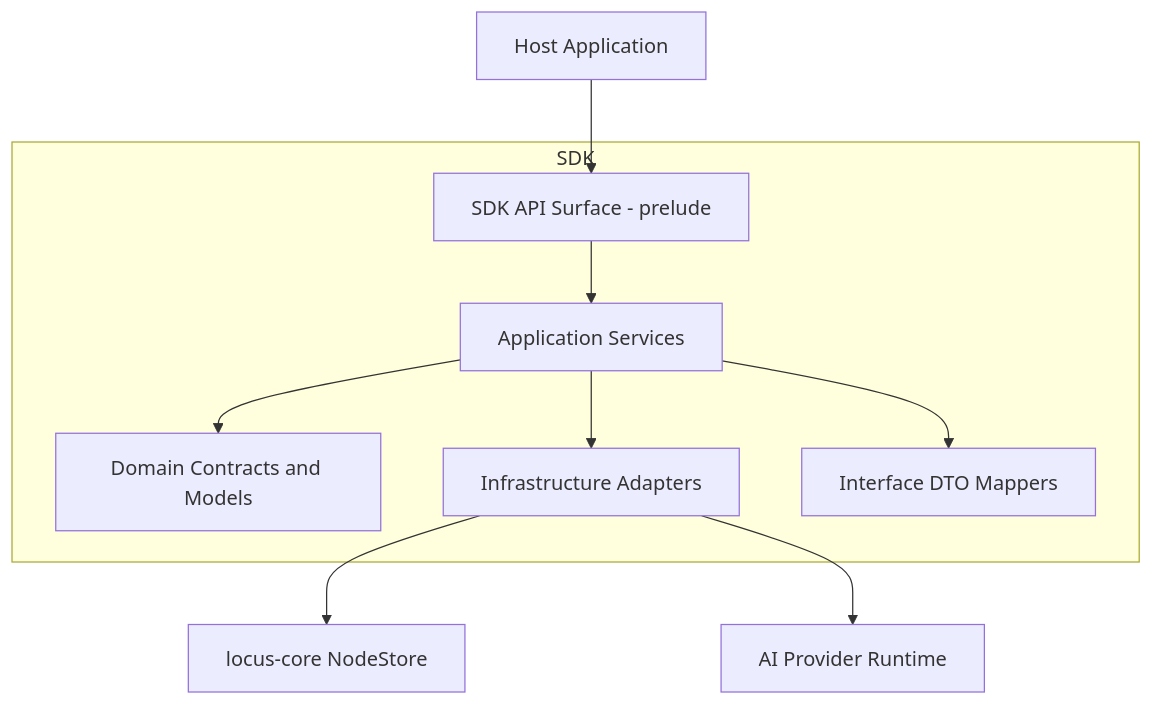
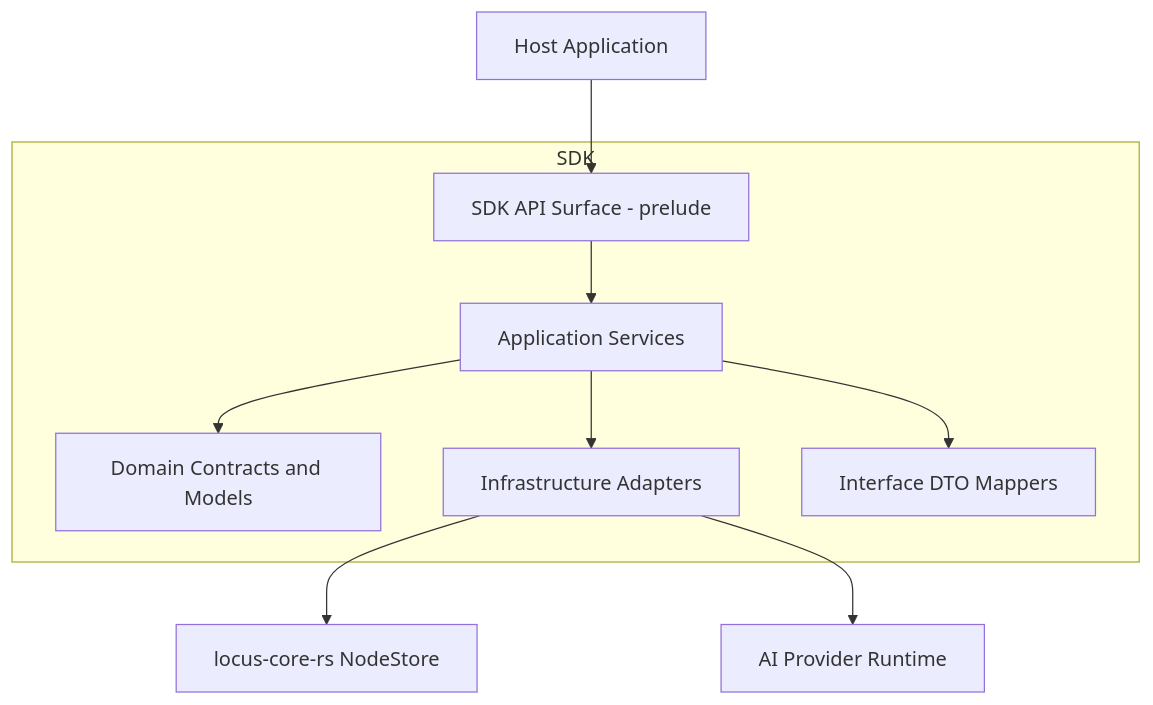
One commit to EntasisLabs/locus changed the first of 8 diagrams in locus-web/static/docs/book/src/sdk-architecture.md. Above: the diagram before and after it, drawn with Mermaid. The commit also changed other lines of this file and 140 other files, not shown here.

````diff
--- a/locus-web/static/docs/book/src/sdk-architecture.md
+++ b/locus-web/static/docs/book/src/sdk-architecture.md
@@ -21,18 +21,18 @@
 ```mermaid
 flowchart TD
     A[Host Application] --> B[SDK API Surface - prelude]
     B --> C[Application Services]
     C --> D[Domain Contracts and Models]
     C --> E[Infrastructure Adapters]
     C --> F[Interface DTO Mappers]
-    E --> G[locus-core NodeStore]
+    E --> G[locus-core-rs NodeStore]
     E --> H[AI Provider Runtime]
 
     subgraph SDK
       B
       C
       D
       E
       F
     end
 ```
````
